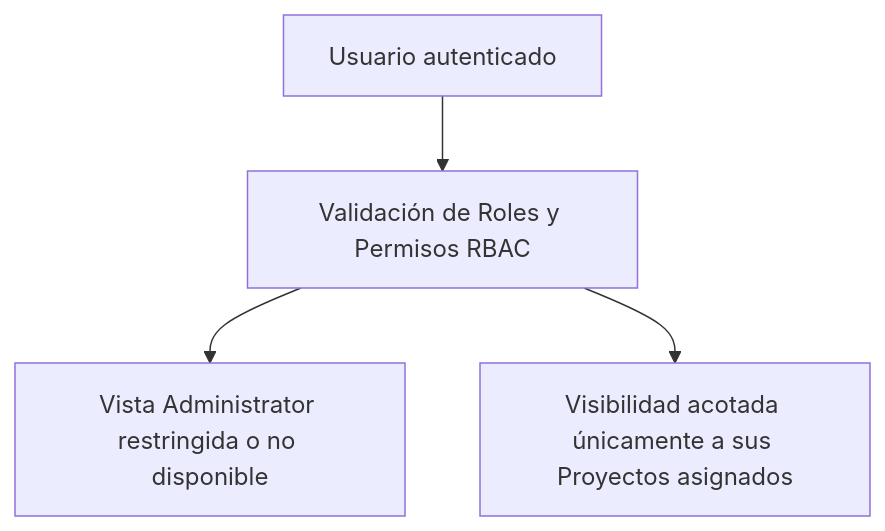
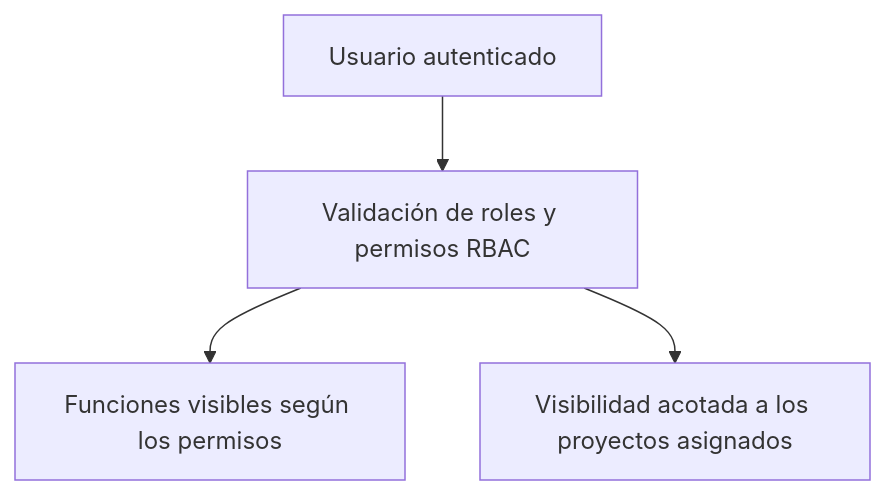
The sixth of 7 diagrams in docs/sesion1/1.6 Consola web.md (ieftraining/curso-openshift), drawn with Mermaid before and after one commit. The commit also changed other lines of this file, not shown here.

````diff
--- a/docs/sesion1/1.6 Consola web.md
+++ b/docs/sesion1/1.6 Consola web.md
@@ -172,6 +144,6 @@
 ```mermaid
 flowchart TD
-    U[Usuario autenticado] --> P[Validación de Roles y Permisos RBAC]
-    P --> C1[Vista Administrator restringida o no disponible]
-    P --> C2[Visibilidad acotada únicamente a sus Proyectos asignados]
+    U[Usuario autenticado] --> P[Validación de roles y permisos RBAC]
+    P --> C1[Funciones visibles según los permisos]
+    P --> C2[Visibilidad acotada a los proyectos asignados]
 ```
````
